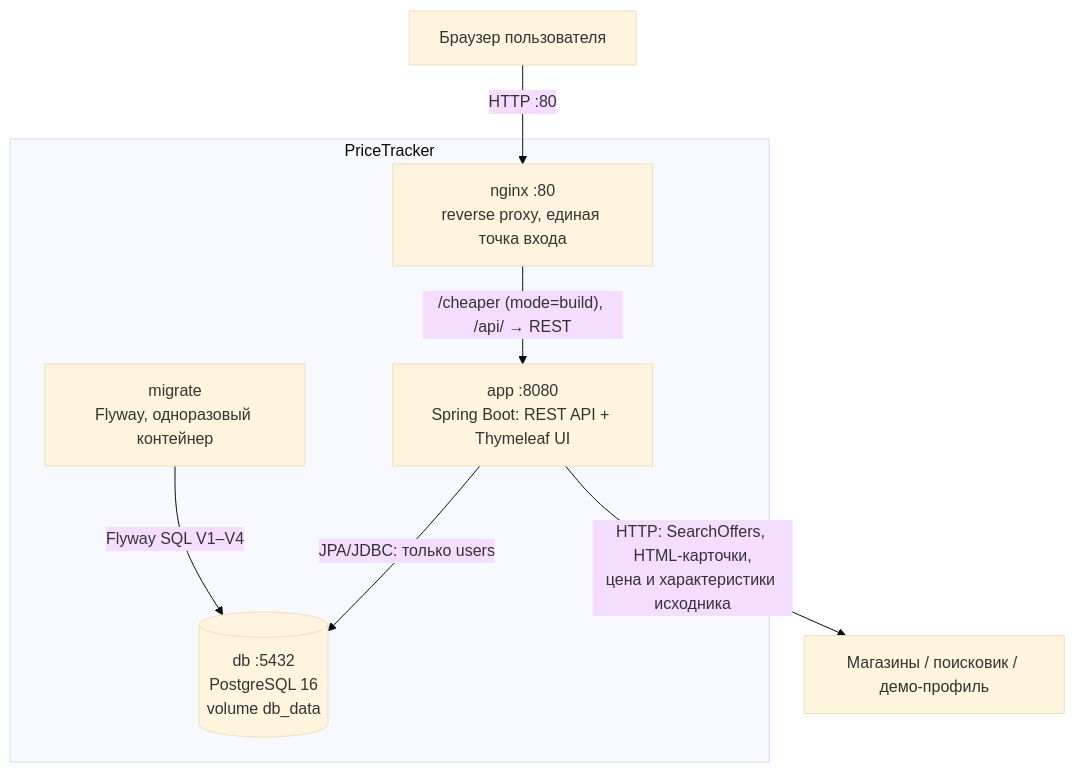
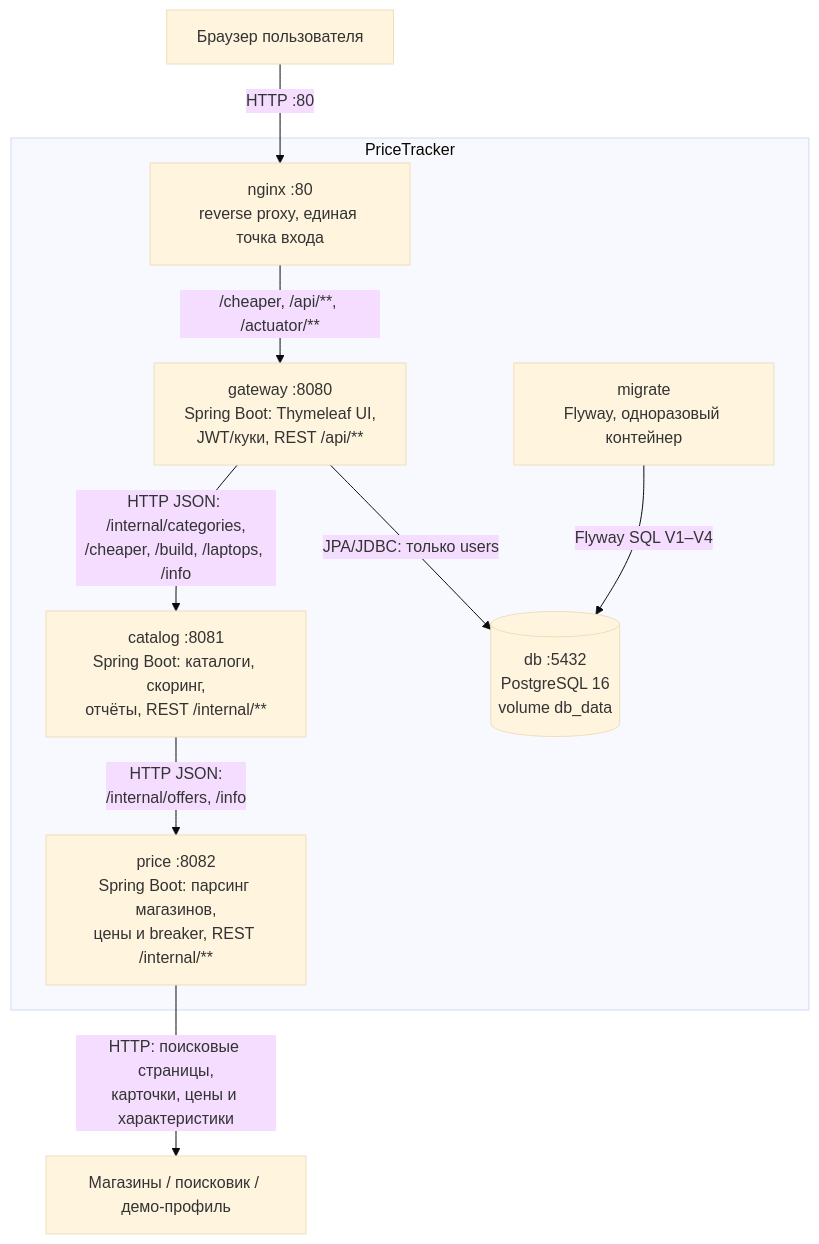
The second of 3 diagrams in docs/c4.md (brawlat12344-ops/pricetracker), drawn with Mermaid (base theme) before and after one commit. The commit also changed other lines of this file and 31 other files, not shown here.

Commit message:
Split app into gateway, catalog and price microservices

````diff
--- a/docs/c4.md
+++ b/docs/c4.md
@@ -30,19 +33,23 @@
 ```mermaid
 flowchart TB
     U["Браузер пользователя"]
 
     subgraph SYSTEM["PriceTracker"]
         NG["nginx :80<br/>reverse proxy, единая точка входа"]
-        APP["app :8080<br/>Spring Boot: REST API + Thymeleaf UI"]
+        GW["gateway :8080<br/>Spring Boot: Thymeleaf UI,<br/>JWT/куки, REST /api/**"]
+        CT["catalog :8081<br/>Spring Boot: каталоги, скоринг,<br/>отчёты, REST /internal/**"]
+        PR["price :8082<br/>Spring Boot: парсинг магазинов,<br/>цены и breaker, REST /internal/**"]
         MIG["migrate<br/>Flyway, одноразовый контейнер"]
         DB[("db :5432<br/>PostgreSQL 16<br/>volume db_data")]
     end
 
     EXT["Магазины / поисковик / демо-профиль"]
 
     U -->|HTTP :80| NG
-    NG -->|"/cheaper (mode=build), /api/ → REST"| APP
-    APP -->|"JPA/JDBC: только users"| DB
+    NG -->|"/cheaper, /api/**, /actuator/**"| GW
+    GW -->|"HTTP JSON: /internal/categories,<br/>/cheaper, /build, /laptops, /info"| CT
+    CT -->|"HTTP JSON:<br/>/internal/offers, /info"| PR
+    GW -->|"JPA/JDBC: только users"| DB
     MIG -->|"Flyway SQL V1–V4"| DB
-    APP -->|"HTTP: SearchOffers, HTML-карточки,<br/>цена и характеристики исходника"| EXT
+    PR -->|"HTTP: поисковые страницы,<br/>карточки, цены и характеристики"| EXT
 ```
````
